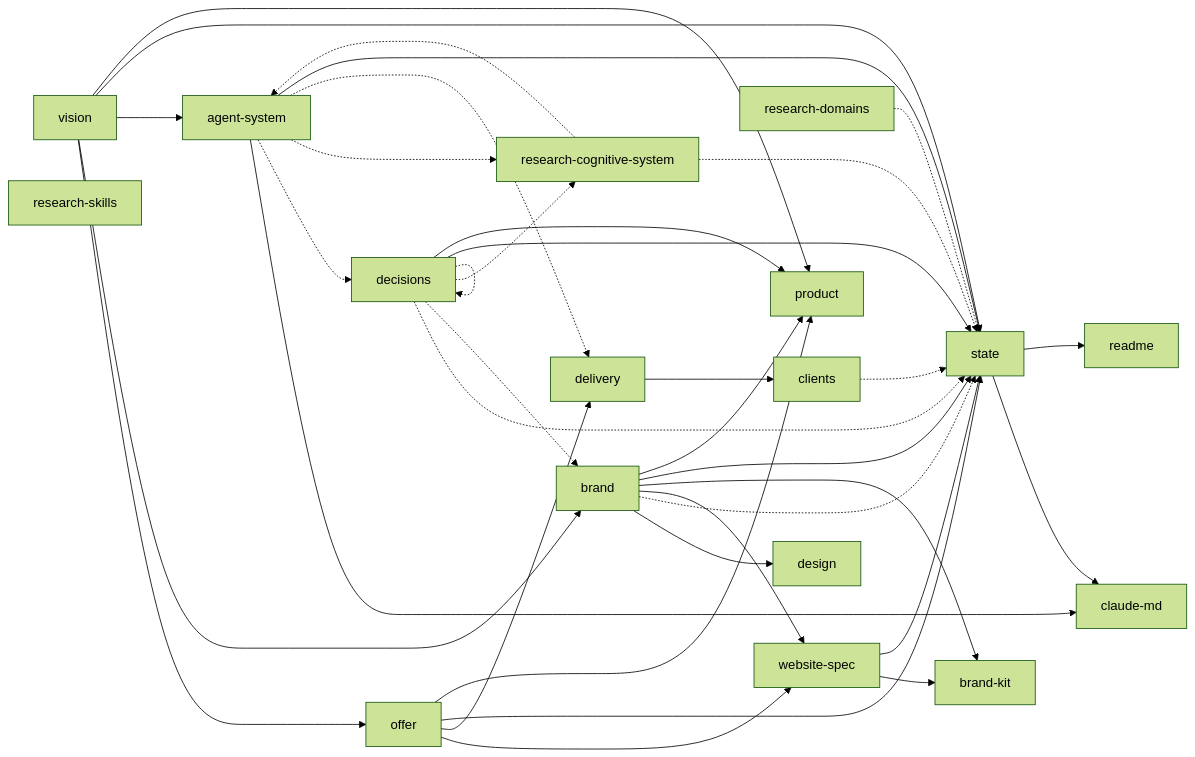
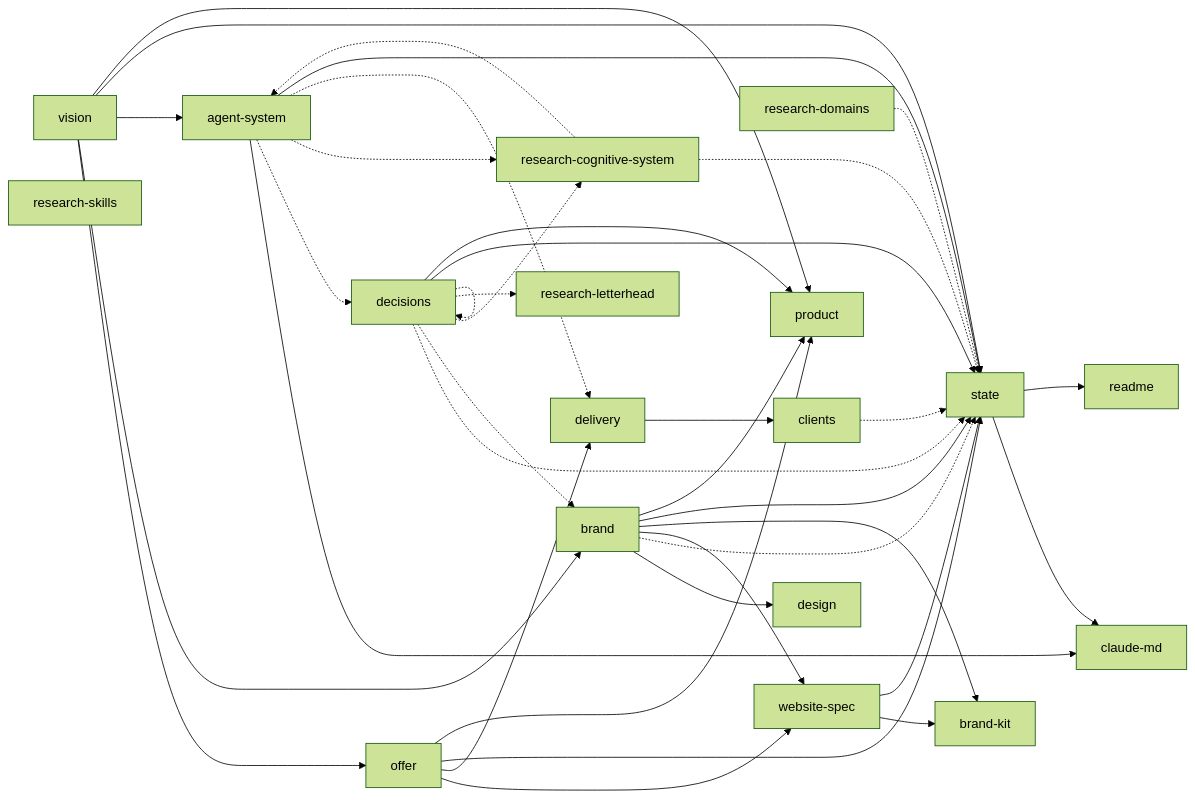
Before and after one commit to mann0122/nexbridge-it: the diagram in docs/INDEX.md, drawn with Mermaid (forest theme). The commit also changed other lines of this file and 26 other files, not shown here.

````diff
--- a/docs/INDEX.md
+++ b/docs/INDEX.md
@@ -17,56 +17,58 @@
 ```mermaid
 graph LR
   vision["vision"]
   offer["offer"]
   brand["brand"]
   website_spec["website-spec"]
   delivery["delivery"]
   decisions["decisions"]
   agent_system["agent-system"]
   brand_kit["brand-kit"]
   state["state"]
   clients["clients"]
   research_skills["research-skills"]
   research_cognitive_system["research-cognitive-system"]
   research_domains["research-domains"]
+  research_letterhead["research-letterhead"]
   claude_md["claude-md"]
   design["design"]
   product["product"]
   readme["readme"]
 
   state --> claude_md
   agent_system --> claude_md
   brand --> design
   vision --> offer
   vision --> brand
   brand -.-> state
   offer --> website_spec
   brand --> website_spec
   offer --> delivery
   decisions -.-> state
   decisions -.-> brand
   decisions -.-> decisions
   decisions -.-> research_cognitive_system
+  decisions -.-> research_letterhead
   vision --> agent_system
   agent_system -.-> decisions
   agent_system -.-> research_cognitive_system
   agent_system -.-> delivery
   brand --> brand_kit
   website_spec --> brand_kit
   delivery --> clients
   clients -.-> state
   research_cognitive_system -.-> agent_system
   research_cognitive_system -.-> state
   research_domains -.-> state
   vision --> state
   offer --> state
   brand --> state
   website_spec --> state
   decisions --> state
   agent_system --> state
   vision --> product
   offer --> product
   brand --> product
   decisions --> product
   state --> readme
 ```
````
